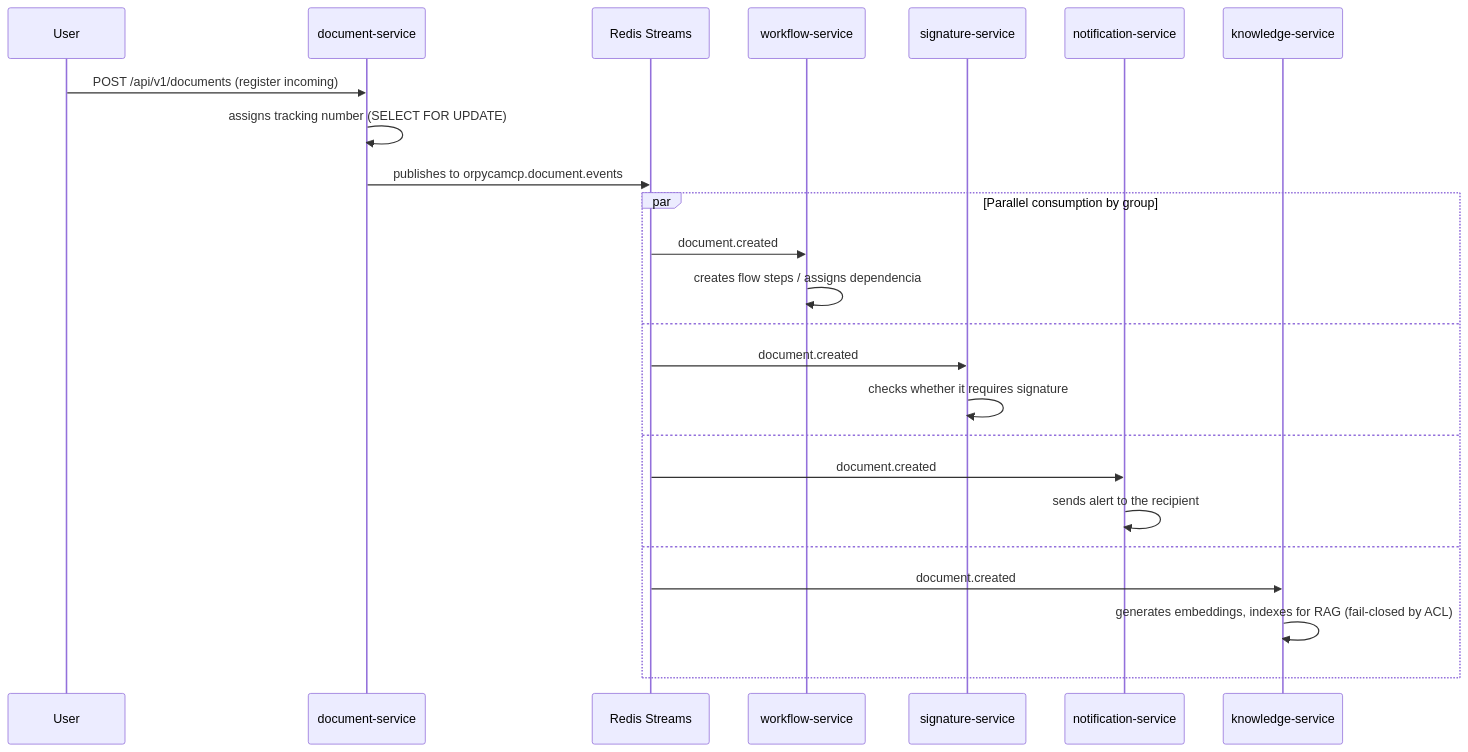
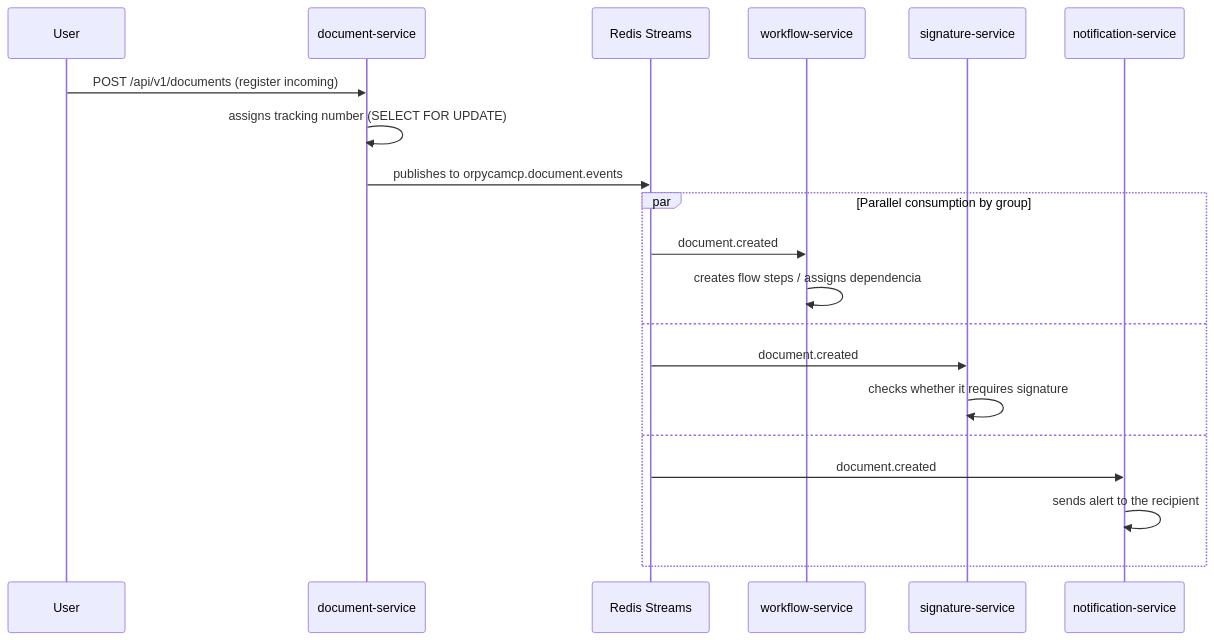
The third of 5 diagrams in docs/en/architecture.md (camilo1rp/docuboto), drawn with Mermaid before and after one commit. The commit also changed other lines of this file and 240 other files, not shown here.

````diff
--- a/docs/en/architecture.md
+++ b/docs/en/architecture.md
@@ -282,27 +251,23 @@
 ```mermaid
 sequenceDiagram
     participant U as User
     participant DOC as document-service
     participant R as Redis Streams
     participant WF as workflow-service
     participant SIG as signature-service
     participant NOT as notification-service
-    participant KNO as knowledge-service
 
     U->>DOC: POST /api/v1/documents (register incoming)
     DOC->>DOC: assigns tracking number (SELECT FOR UPDATE)
     DOC->>R: publishes to orpycamcp.document.events
     par Parallel consumption by group
         R->>WF: document.created
         WF->>WF: creates flow steps / assigns dependencia
     and
         R->>SIG: document.created
         SIG->>SIG: checks whether it requires signature
     and
         R->>NOT: document.created
         NOT->>NOT: sends alert to the recipient
-    and
-        R->>KNO: document.created
-        KNO->>KNO: generates embeddings, indexes for RAG (fail-closed by ACL)
     end
 ```
````
